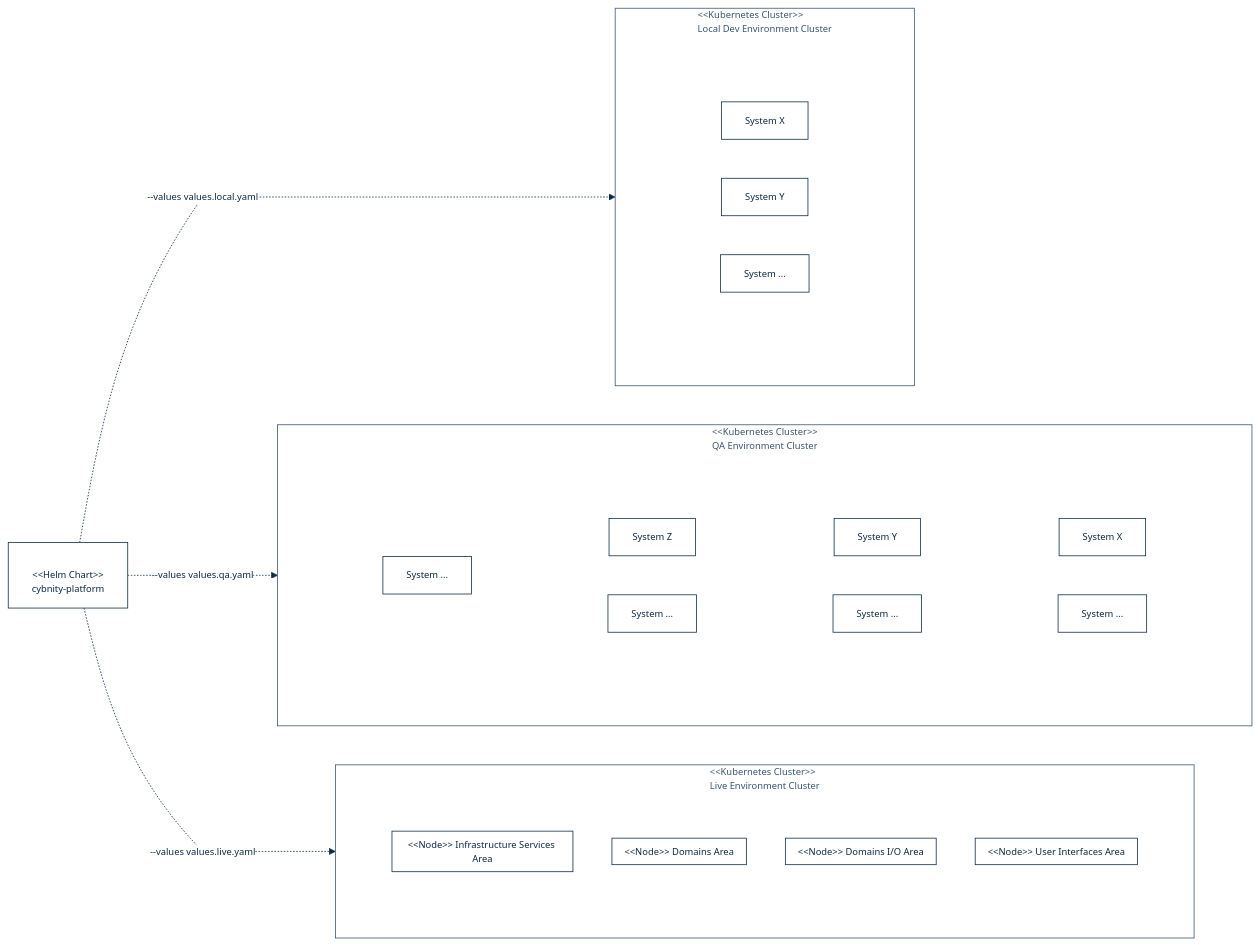
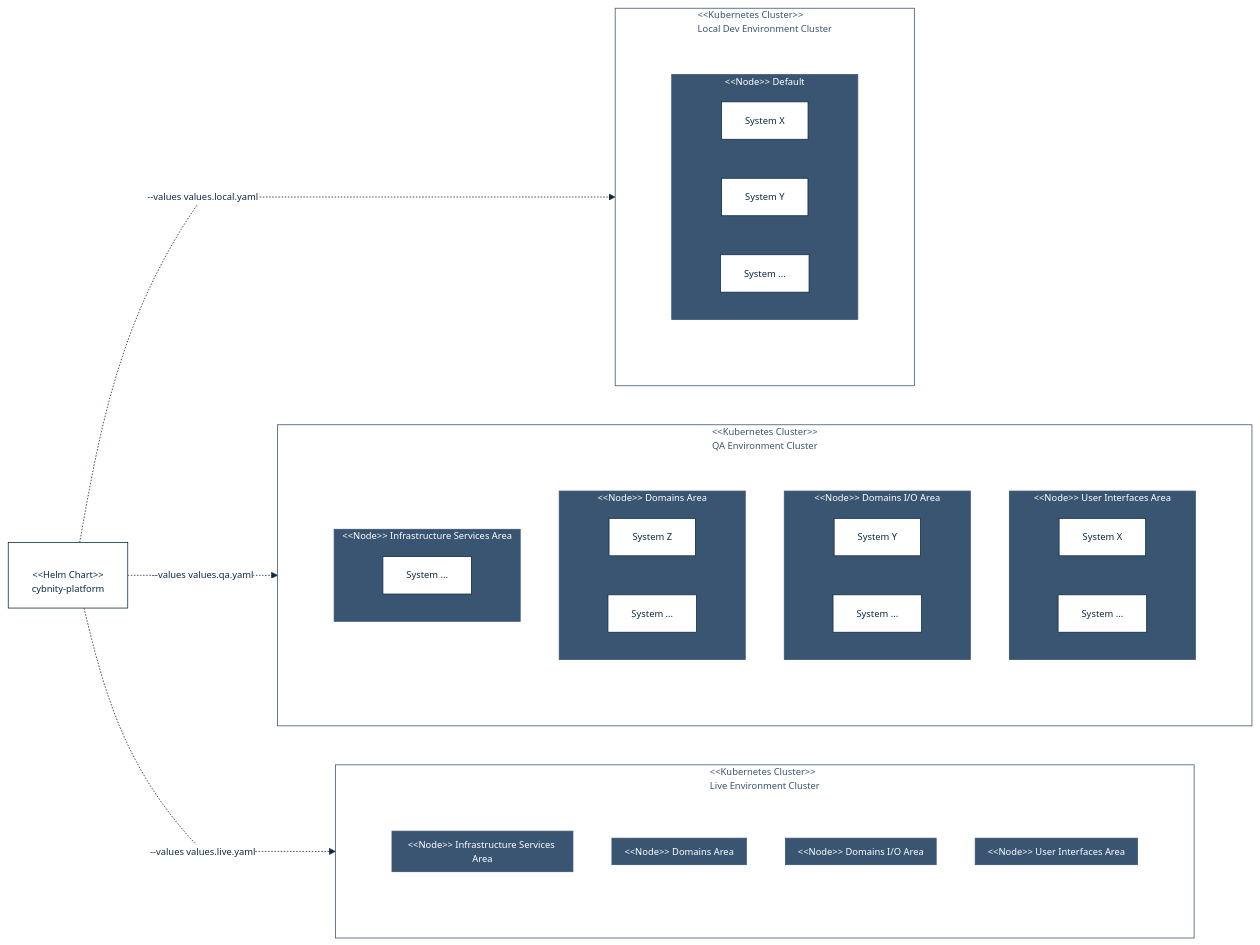
Before and after one commit to doneisgood/iac-helm-charts: the first of 2 diagrams in cybnity-platform/README.md, drawn with Mermaid.

````diff
--- a/cybnity-platform/README.md
+++ b/cybnity-platform/README.md
@@ -104,7 +104,7 @@
       direction LR
       subgraph layerset1[" "]
          direction TB
-         subgraph ui1[" #60;#60;Node#62;#62; Default "]
+         subgraph unique1[" #60;#60;Node#62;#62; Default "]
                direction LR
                systemx["System X"]
                systemy["System Y"]
@@ -161,6 +161,8 @@
   chart1 -. "--values values.live.yaml" .-> clusterprod
 
   classDef medium fill:#fff, stroke:#3a5572, color:#3a5572
+  classDef mediumfill fill:#3a5572, stroke:#3a5572, color:#fff
   class clusterlocal,clusterqa,clusterprod medium;
+  class is3,da3,dio3,ui3,is2,da2,dio2,ui2,unique1 mediumfill;
 
 ```
````
